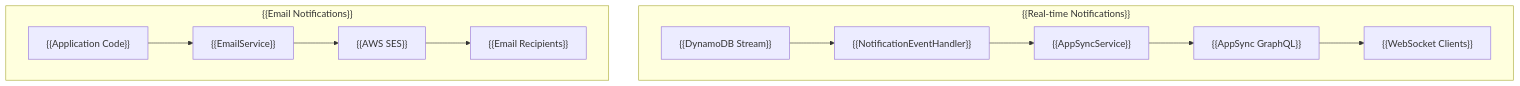
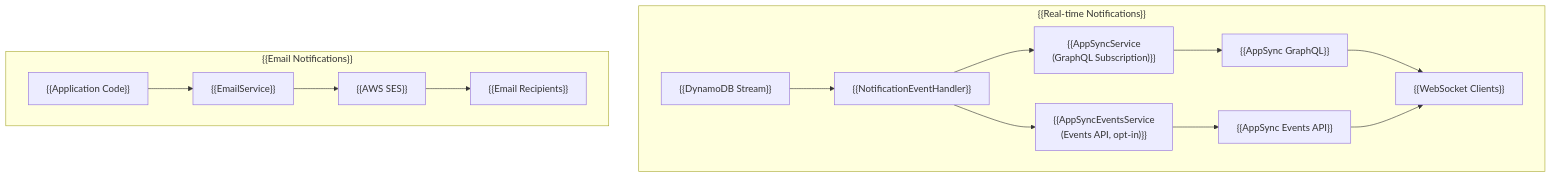
The diagram in docs/notification-module.md (mbc-net/mbc-cqrs-serverless-doc), drawn with Mermaid before and after one commit. The commit also changed other lines of this file and 14 other files, not shown here.

First line of the commit message:
docs: update notification docs for v1.3.0 AppSync Events API support

````diff
--- a/docs/notification-module.md
+++ b/docs/notification-module.md
@@ -14,15 +14,18 @@
 ```mermaid
 graph TB
     subgraph "{{Real-time Notifications}}"
         A["{{DynamoDB Stream}}"] --> B["{{NotificationEventHandler}}"]
-        B --> C["{{AppSyncService}}"]
+        B --> C["{{AppSyncService\n(GraphQL Subscription)}}"]
+        B --> C2["{{AppSyncEventsService\n(Events API, opt-in)}}"]
         C --> D["{{AppSync GraphQL}}"]
+        C2 --> D2["{{AppSync Events API}}"]
         D --> E["{{WebSocket Clients}}"]
+        D2 --> E
     end
 
     subgraph "{{Email Notifications}}"
         F["{{Application Code}}"] --> G["{{EmailService}}"]
         G --> H["{{AWS SES}}"]
         H --> I["{{Email Recipients}}"]
     end
 ```
````
